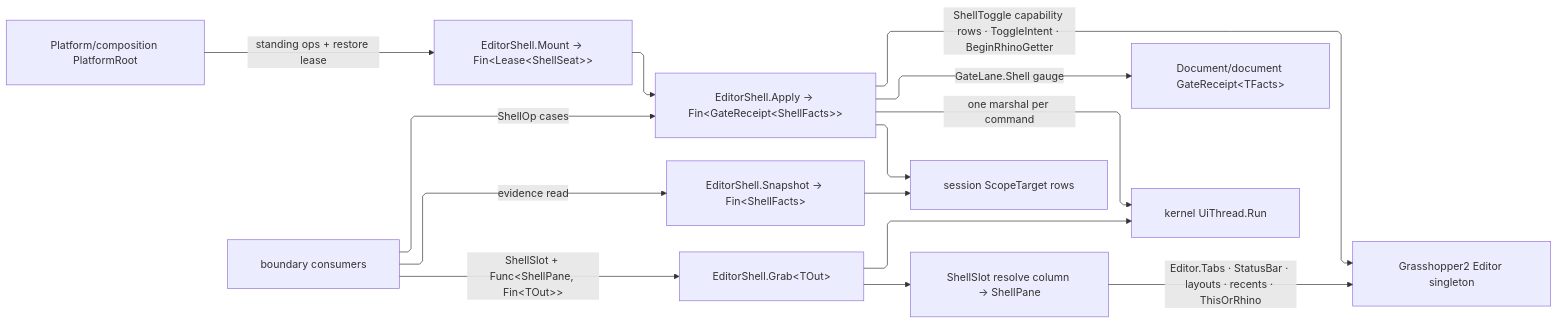
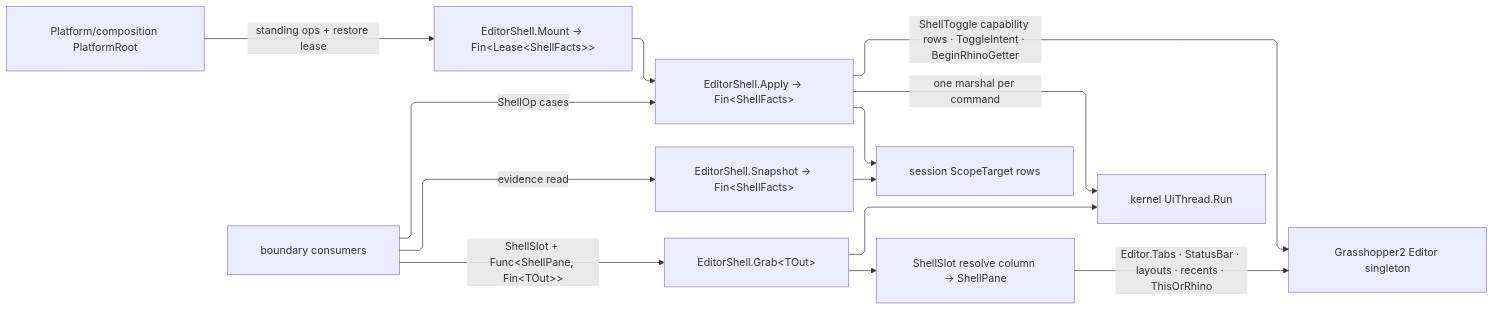
Before and after one commit to bsamiee/Rasm: the diagram in libs/dotnet/Rasm.Grasshopper/.planning/Shell/editor.md, drawn with Mermaid. The commit also changed other lines of this file and 1417 other files, not shown here.

````diff
--- a/libs/dotnet/Rasm.Grasshopper/.planning/Shell/editor.md
+++ b/libs/dotnet/Rasm.Grasshopper/.planning/Shell/editor.md
@@ -210,25 +199,24 @@
 ```mermaid
 ---
 config:
   layout: elk
   flowchart:
     curve: linear
     padding: 25
 ---
 flowchart LR
     accTitle: Editor-shell gates over one singleton
-    accDescr: The composition root mounts the standing shell posture; boundary consumers reach the GH2 editor singleton through the command, snapshot, and pane-projection gates, each acquiring scope through the session rows inside one kernel marshal, the command gate gauging GateReceipt over ShellFacts on the shared Shell lane.
-    Root["Platform/composition PlatformRoot"] -->|standing ops + restore lease| Mount["EditorShell.Mount → Fin&lt;Lease&lt;ShellSeat&gt;&gt;"]
-    Mount --> Apply["EditorShell.Apply → Fin&lt;GateReceipt&lt;ShellFacts&gt;&gt;"]
+    accDescr: The composition root mounts the standing shell posture; boundary consumers reach the GH2 editor singleton through the command, snapshot, and pane-projection gates, each acquiring scope through the session rows inside one kernel marshal; commands return the ShellFacts they produce.
+    Root["Platform/composition PlatformRoot"] -->|standing ops + restore lease| Mount["EditorShell.Mount → Fin&lt;Lease&lt;ShellFacts&gt;&gt;"]
+    Mount --> Apply["EditorShell.Apply → Fin&lt;ShellFacts&gt;"]
     Consumer["boundary consumers"] -->|ShellOp cases| Apply
     Consumer -->|evidence read| Snapshot["EditorShell.Snapshot → Fin&lt;ShellFacts&gt;"]
     Consumer -->|"ShellSlot + Func&lt;ShellPane, Fin&lt;TOut&gt;&gt;"| Grab["EditorShell.Grab&lt;TOut&gt;"]
     Apply --> Scope["session ScopeTarget rows"]
     Snapshot --> Scope
     Grab --> Slots["ShellSlot resolve column → ShellPane"]
     Slots -->|"Editor.Tabs · StatusBar · layouts · recents · ThisOrRhino"| Host["Grasshopper2 Editor singleton"]
     Apply -->|"ShellToggle capability rows · ToggleIntent · BeginRhinoGetter"| Host
-    Apply -->|"GateLane.Shell gauge"| Lane["Document/document GateReceipt&lt;TFacts&gt;"]
     Apply -->|one marshal per command| Dispatch["kernel UiThread.Run"]
     Grab --> Dispatch
 ```
````
